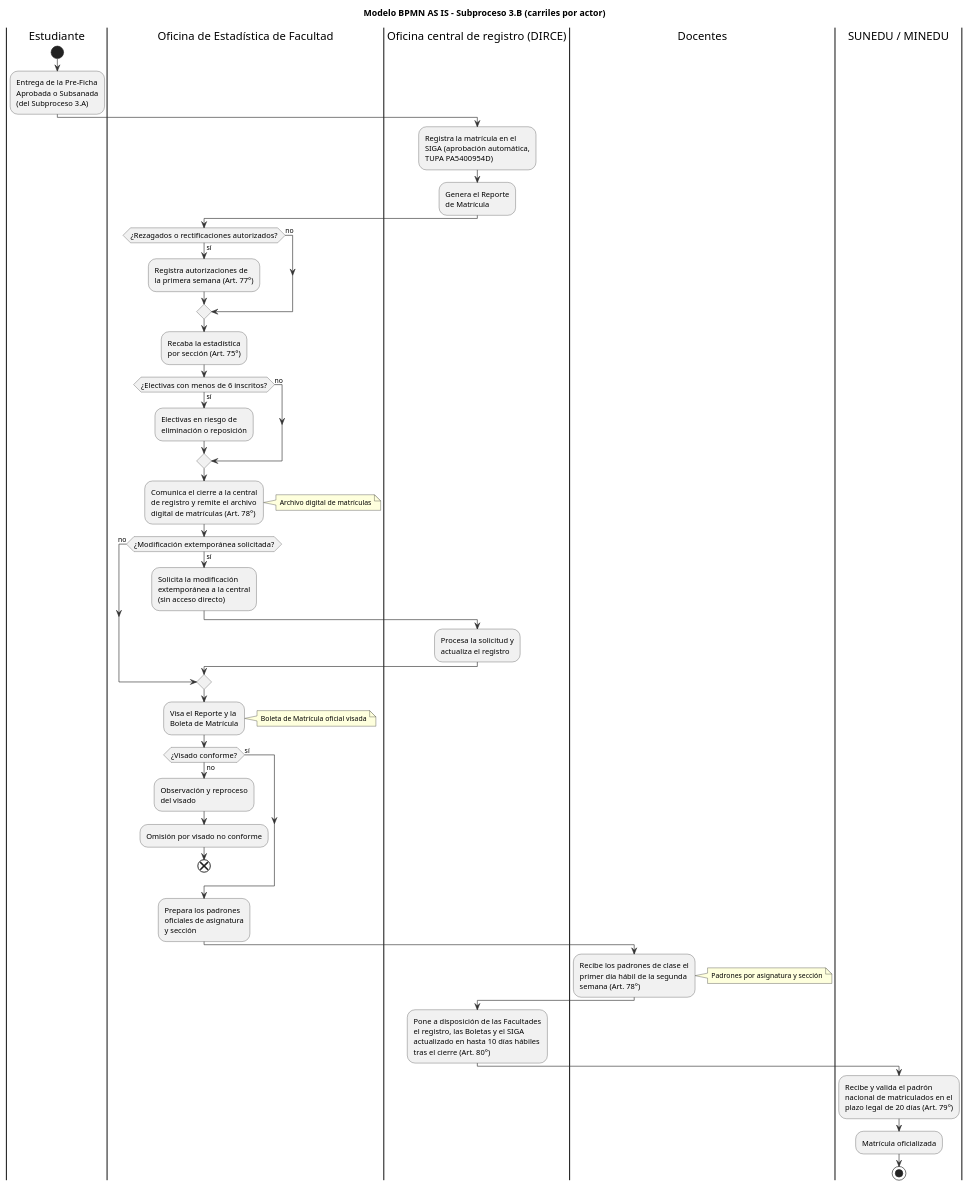
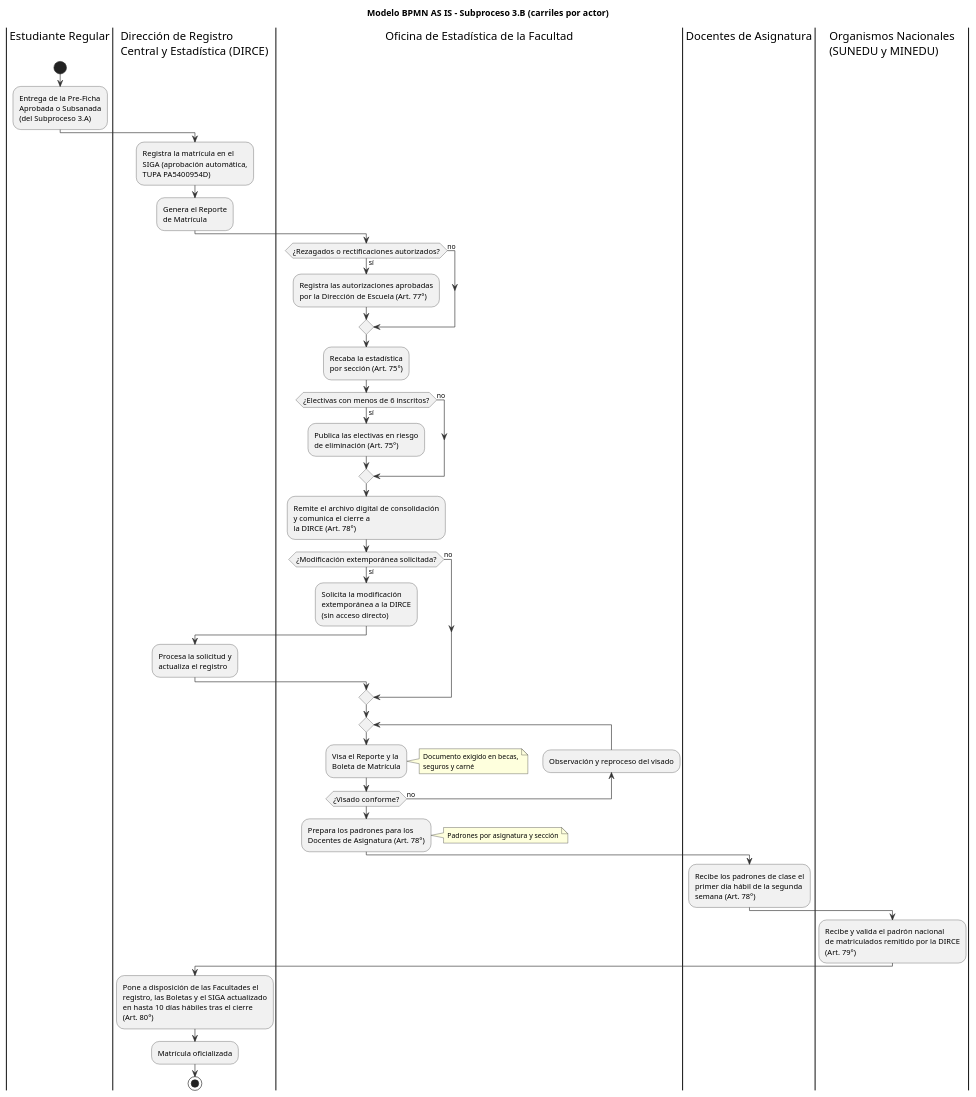
The diagram in trabajo_grupal/diagramas/asis_subproceso_3b_bpmn.puml (AldoLunaBueno/cc0f6_topicos_procesos_grupo), drawn with PlantUML before and after one commit. The commit also changed 7 other files, not shown here.

```diff
--- a/trabajo_grupal/diagramas/asis_subproceso_3b_bpmn.puml
+++ b/trabajo_grupal/diagramas/asis_subproceso_3b_bpmn.puml
@@ -1,87 +1,78 @@
 @startuml asis_subproceso_3b_bpmn
 title Modelo BPMN AS IS - Subproceso 3.B (carriles por actor)
 skinparam backgroundColor #FFFFFF
 skinparam shadowing false
 skinparam ArrowColor #333333
 skinparam ActivityBorderColor #333333
 skinparam ConditionEndStyle diamond
 skinparam dpi 100
 skinparam ActivityFontSize 12
 skinparam NoteFontSize 11
 
-|Estudiante|
-|Oficina de Estadística de Facultad|
-|Oficina central de registro (DIRCE)|
-|Docentes|
-|SUNEDU / MINEDU|
-
-|Estudiante|
+|Estudiante Regular|
 start
 :Entrega de la Pre-Ficha
 Aprobada o Subsanada
 (del Subproceso 3.A);
 
-|Oficina central de registro (DIRCE)|
+|Dirección de Registro\nCentral y Estadística (DIRCE)|
 :Registra la matrícula en el
 SIGA (aprobación automática,
 TUPA PA5400954D);
 :Genera el Reporte
 de Matrícula;
 
-|Oficina de Estadística de Facultad|
+|Oficina de Estadística de la Facultad|
 if (¿Rezagados o rectificaciones autorizados?) then (sí)
-  :Registra autorizaciones de
-  la primera semana (Art. 77°);
+  :Registra las autorizaciones aprobadas
+  por la Dirección de Escuela (Art. 77°);
 else (no)
 endif
 :Recaba la estadística
 por sección (Art. 75°);
 if (¿Electivas con menos de 6 inscritos?) then (sí)
-  :Electivas en riesgo de
-  eliminación o reposición;
+  :Publica las electivas en riesgo
+  de eliminación (Art. 75°);
 else (no)
 endif
-:Comunica el cierre a la central
-de registro y remite el archivo
-digital de matrículas (Art. 78°);
-note right: Archivo digital de matrículas
+:Remite el archivo digital de consolidación
+y comunica el cierre a
+la DIRCE (Art. 78°);
 if (¿Modificación extemporánea solicitada?) then (sí)
   :Solicita la modificación
-  extemporánea a la central
+  extemporánea a la DIRCE
   (sin acceso directo);
-  |Oficina central de registro (DIRCE)|
+  |Dirección de Registro\nCentral y Estadística (DIRCE)|
   :Procesa la solicitud y
   actualiza el registro;
 else (no)
 endif
-|Oficina de Estadística de Facultad|
-:Visa el Reporte y la
-Boleta de Matrícula;
-note right: Boleta de Matrícula oficial visada
-if (¿Visado conforme?) then (sí)
-else (no)
-  :Observación y reproceso
-  del visado;
-  :Omisión por visado no conforme;
-  end
-endif
-:Prepara los padrones
-oficiales de asignatura
-y sección;
-|Docentes|
+|Oficina de Estadística de la Facultad|
+repeat
+  :Visa el Reporte y la
+  Boleta de Matrícula;
+  note right
+  Documento exigido en becas,
+  seguros y carné
+  end note
+backward:Observación y reproceso del visado;
+repeatwhile (¿Visado conforme?) is (no)
+:Prepara los padrones para los
+Docentes de Asignatura (Art. 78°);
+note right: Padrones por asignatura y sección
+|Docentes de Asignatura|
 :Recibe los padrones de clase el
 primer día hábil de la segunda
 semana (Art. 78°);
-note right: Padrones por asignatura y sección
-|Oficina central de registro (DIRCE)|
-:Pone a disposición de las Facultades
-el registro, las Boletas y el SIGA
-actualizado en hasta 10 días hábiles
-tras el cierre (Art. 80°);
-|SUNEDU / MINEDU|
-:Recibe y valida el padrón
-nacional de matriculados en el
-plazo legal de 20 días (Art. 79°);
+|Organismos Nacionales\n(SUNEDU y MINEDU)|
+:Recibe y valida el padrón nacional
+de matriculados remitido por la DIRCE
+(Art. 79°);
+|Dirección de Registro\nCentral y Estadística (DIRCE)|
+:Pone a disposición de las Facultades el
+registro, las Boletas y el SIGA actualizado
+en hasta 10 días hábiles tras el cierre
+(Art. 80°);
 :Matrícula oficializada;
 stop
 @enduml
```
